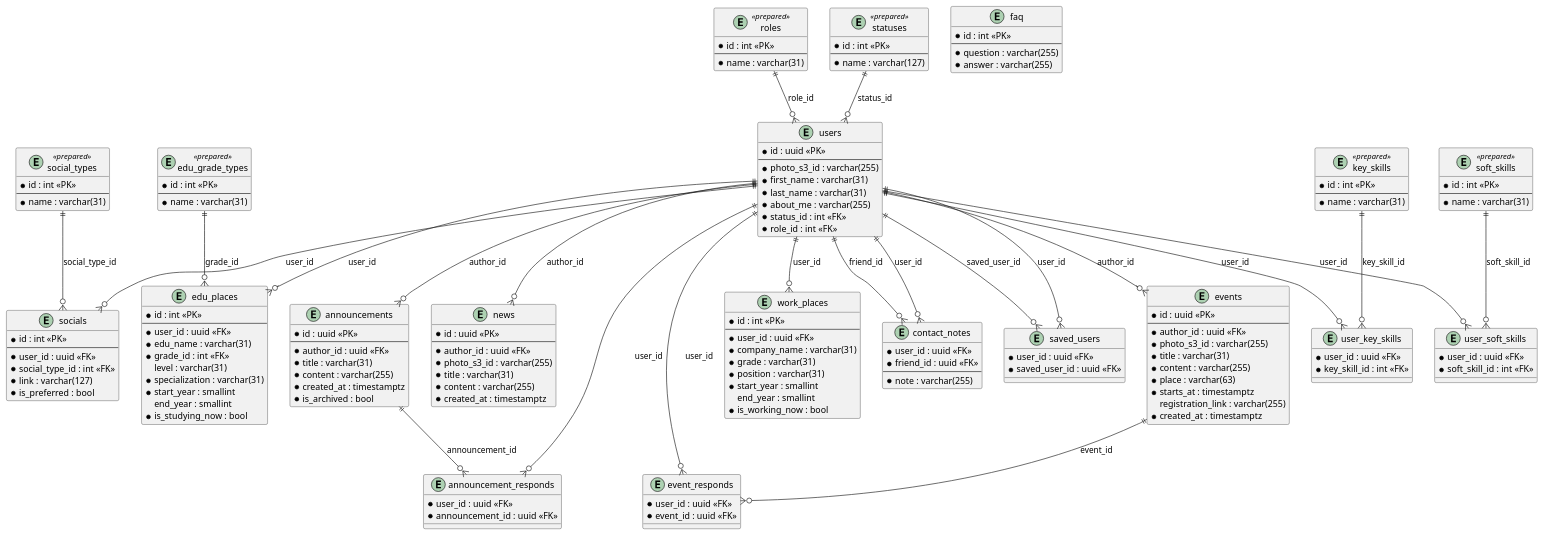
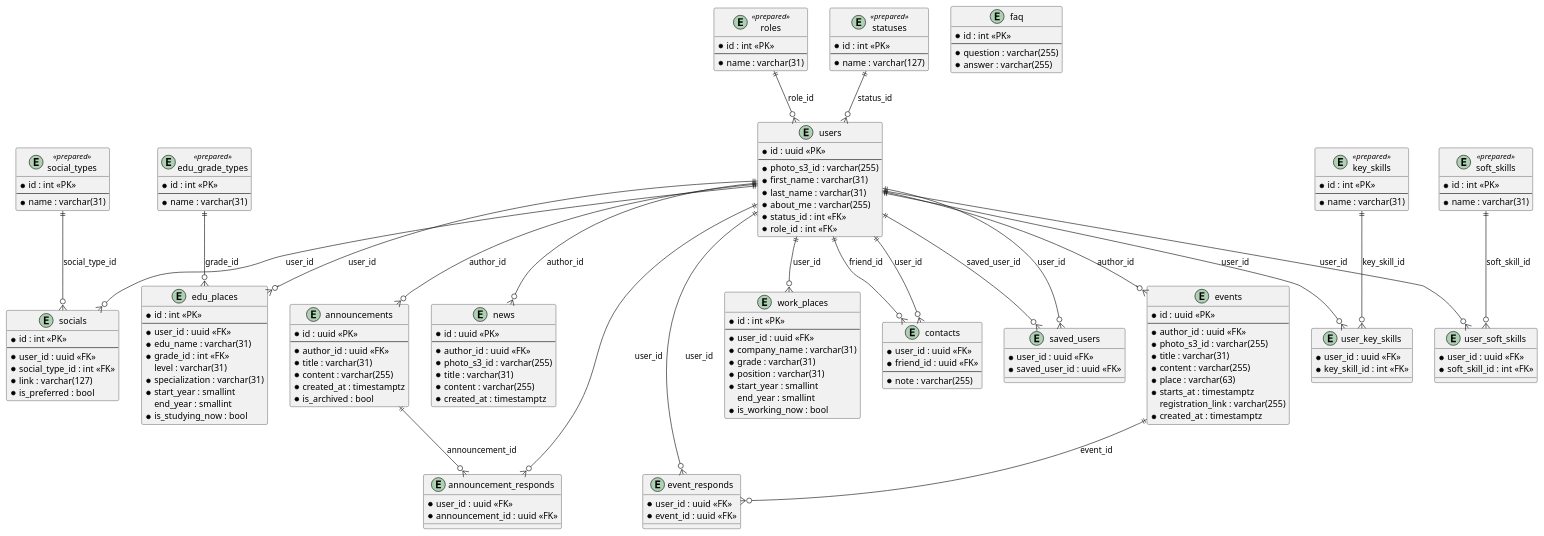
One commit to RuslanKarabalin/cu-faculty-backend changed the diagram in docs/database.puml. Above: the diagram before and after it, drawn with PlantUML.

Commit message:
feat: improve database schema

```diff
--- a/docs/database.puml
+++ b/docs/database.puml
@@ -1,192 +1,192 @@
 @startuml database
 
 entity "roles" <<prepared>> {
   * id : int <<PK>>
   --
   * name : varchar(31)
 }
 
 entity "statuses" <<prepared>> {
   * id : int <<PK>>
   --
   * name : varchar(127)
 }
 
 entity "social_types" <<prepared>> {
   * id : int <<PK>>
   --
   * name : varchar(31)
 }
 
 entity "edu_grade_types" <<prepared>> {
   * id : int <<PK>>
   --
   * name : varchar(31)
 }
 
 entity "key_skills" <<prepared>> {
   * id : int <<PK>>
   --
   * name : varchar(31)
 }
 
 entity "soft_skills" <<prepared>> {
   * id : int <<PK>>
   --
   * name : varchar(31)
 }
 
 
 entity "users" {
   * id : uuid <<PK>>
   --
   * photo_s3_id : varchar(255)
   * first_name : varchar(31)
   * last_name : varchar(31)
   * about_me : varchar(255)
   * status_id : int <<FK>>
   * role_id : int <<FK>>
 }
 
 entity "socials" {
   * id : int <<PK>>
   --
   * user_id : uuid <<FK>>
   * social_type_id : int <<FK>>
   * link : varchar(127)
   * is_preferred : bool
 }
 
 entity "work_places" {
   * id : int <<PK>>
   --
   * user_id : uuid <<FK>>
   * company_name : varchar(31)
   * grade : varchar(31)
   * position : varchar(31)
   * start_year : smallint
   end_year : smallint
   * is_working_now : bool
 }
 
 entity "edu_places" {
   * id : int <<PK>>
   --
   * user_id : uuid <<FK>>
   * edu_name : varchar(31)
   * grade_id : int <<FK>>
   level : varchar(31)
   * specialization : varchar(31)
   * start_year : smallint
   end_year : smallint
   * is_studying_now : bool
 }
 
 entity "faq" {
   * id : int <<PK>>
   --
   * question : varchar(255)
   * answer : varchar(255)
 }
 
 entity "announcements" {
   * id : uuid <<PK>>
   --
   * author_id : uuid <<FK>>
   * title : varchar(31)
   * content : varchar(255)
   * created_at : timestamptz
   * is_archived : bool
 }
 
 entity "news" {
   * id : uuid <<PK>>
   --
   * author_id : uuid <<FK>>
   * photo_s3_id : varchar(255)
   * title : varchar(31)
   * content : varchar(255)
   * created_at : timestamptz
 }
 
 entity "events" {
   * id : uuid <<PK>>
   --
   * author_id : uuid <<FK>>
   * photo_s3_id : varchar(255)
   * title : varchar(31)
   * content : varchar(255)
   * place : varchar(63)
   * starts_at : timestamptz
   registration_link : varchar(255)
   * created_at : timestamptz
 }
 
 
 entity "user_key_skills" {
   * user_id : uuid <<FK>>
   * key_skill_id : int <<FK>>
 }
 
 entity "user_soft_skills" {
   * user_id : uuid <<FK>>
   * soft_skill_id : int <<FK>>
 }
 
-entity "contact_notes" {
+entity "contacts" {
   * user_id : uuid <<FK>>
   * friend_id : uuid <<FK>>
   --
   * note : varchar(255)
 }
 
 entity "saved_users" {
   * user_id : uuid <<FK>>
   * saved_user_id : uuid <<FK>>
 }
 
 entity "announcement_responds" {
   * user_id : uuid <<FK>>
   * announcement_id : uuid <<FK>>
 }
 
 entity "event_responds" {
   * user_id : uuid <<FK>>
   * event_id : uuid <<FK>>
 }
 
 
-roles           ||--o{ users                : "role_id"
-statuses        ||--o{ users                : "status_id"
+roles           ||--o{ users                  : "role_id"
+statuses        ||--o{ users                  : "status_id"
 
-users           ||--o{ socials              : "user_id"
-social_types    ||--o{ socials              : "social_type_id"
+users           ||--o{ socials                : "user_id"
+social_types    ||--o{ socials                : "social_type_id"
 
-users           ||--o{ work_places          : "user_id"
+users           ||--o{ work_places            : "user_id"
 
-users           ||--o{ edu_places           : "user_id"
-edu_grade_types ||--o{ edu_places           : "grade_id"
+users           ||--o{ edu_places             : "user_id"
+edu_grade_types ||--o{ edu_places             : "grade_id"
 
-users           ||--o{ user_key_skills      : "user_id"
-key_skills      ||--o{ user_key_skills      : "key_skill_id"
+users           ||--o{ user_key_skills        : "user_id"
+key_skills      ||--o{ user_key_skills        : "key_skill_id"
 
-users           ||--o{ user_soft_skills     : "user_id"
-soft_skills     ||--o{ user_soft_skills     : "soft_skill_id"
+users           ||--o{ user_soft_skills       : "user_id"
+soft_skills     ||--o{ user_soft_skills       : "soft_skill_id"
 
-users           ||--o{ contact_notes        : "user_id"
-users           ||--o{ contact_notes        : "friend_id"
+users           ||--o{ contacts               : "user_id"
+users           ||--o{ contacts               : "friend_id"
 
-users           ||--o{ saved_users          : "user_id"
-users           ||--o{ saved_users          : "saved_user_id"
+users           ||--o{ saved_users            : "user_id"
+users           ||--o{ saved_users            : "saved_user_id"
 
-users           ||--o{ announcements        : "author_id"
-announcements   ||--o{ announcement_responds : "announcement_id"
-users           ||--o{ announcement_responds : "user_id"
+users           ||--o{ announcements          : "author_id"
+announcements   ||--o{ announcement_responds  : "announcement_id"
+users           ||--o{ announcement_responds  : "user_id"
 
-users           ||--o{ news                 : "author_id"
+users           ||--o{ news                   : "author_id"
 
-users           ||--o{ events               : "author_id"
-events          ||--o{ event_responds       : "event_id"
-users           ||--o{ event_responds       : "user_id"
+users           ||--o{ events                 : "author_id"
+events          ||--o{ event_responds         : "event_id"
+users           ||--o{ event_responds         : "user_id"
 
 @enduml
```
